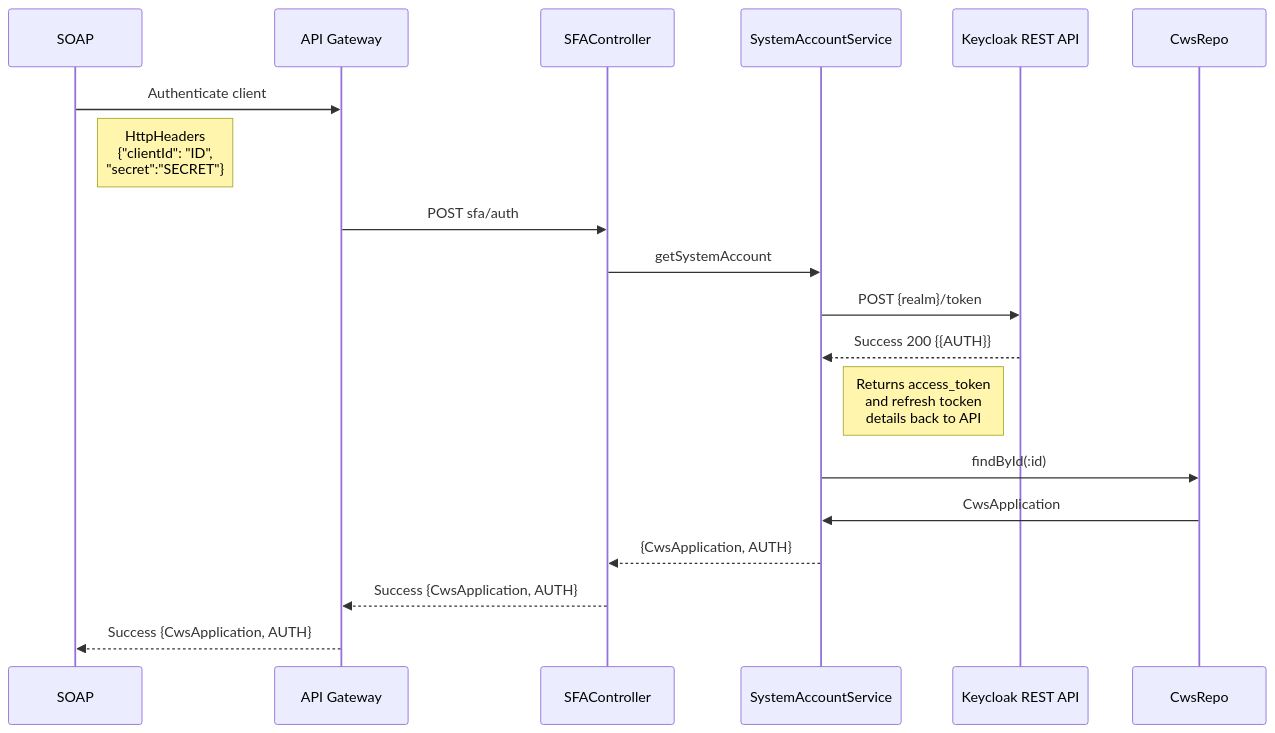
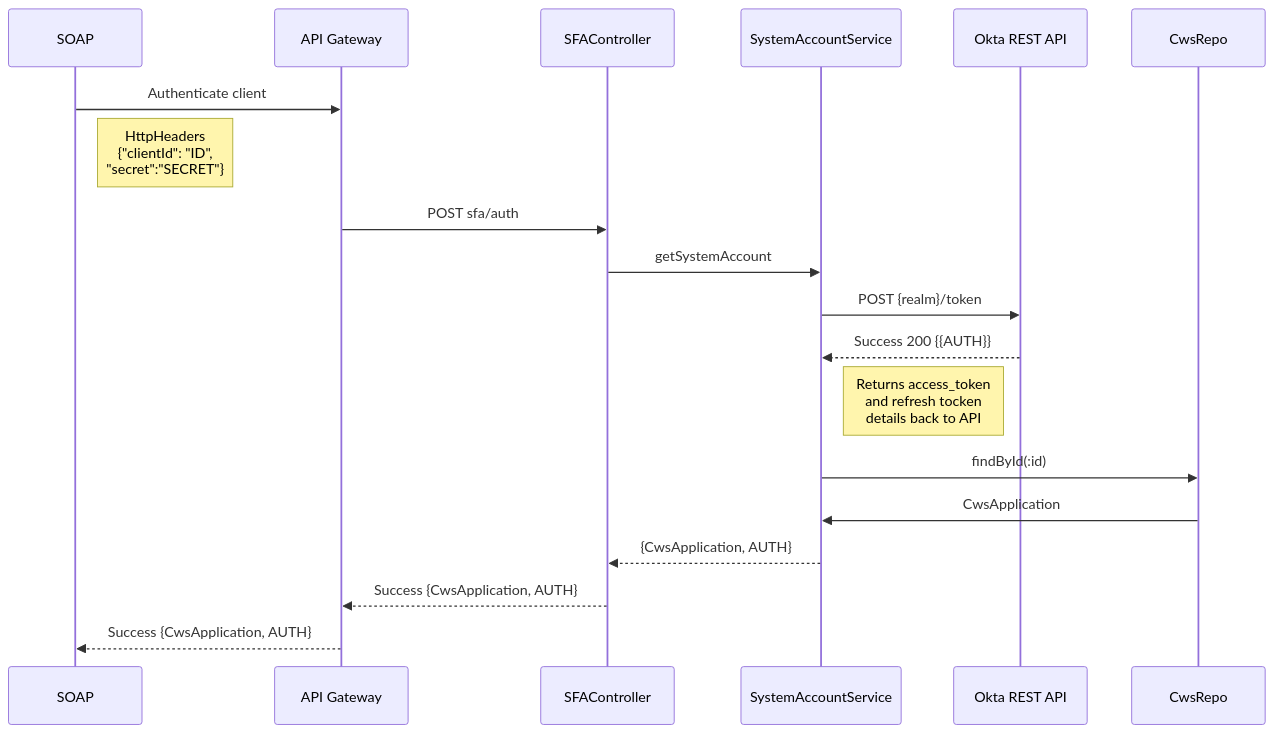
One commit to venuduggireddy/slakedit changed the fourth of 4 diagrams in README.md. Above: the diagram before and after it, drawn with Mermaid. The commit also changed other lines of this file, not shown here.

````diff
--- a/README.md
+++ b/README.md
@@ -134,15 +134,15 @@
 ```mermaid
 sequenceDiagram
 SOAP ->> API Gateway: Authenticate client
 Note right of SOAP: HttpHeaders <br/>{"clientId": "ID",<br/> "secret":"SECRET"}
 API Gateway->>SFAController: POST sfa/auth
 SFAController ->> SystemAccountService: getSystemAccount
-SystemAccountService ->> Keycloak REST API: POST {realm}/token
-Keycloak REST API-->> SystemAccountService: Success 200 {{AUTH}}
+SystemAccountService ->> Okta REST API: POST {realm}/token
+Okta REST API-->> SystemAccountService: Success 200 {{AUTH}}
 Note right of SystemAccountService: Returns access_token<br/>and refresh tocken<br/> details back to API
 SystemAccountService ->> CwsRepo: findById(:id)
 CwsRepo ->> SystemAccountService: CwsApplication
 SystemAccountService -->> SFAController: {CwsApplication, AUTH}
 SFAController -->> API Gateway: Success {CwsApplication, AUTH}
 API Gateway -->> SOAP: Success {CwsApplication, AUTH}
 ```
````
